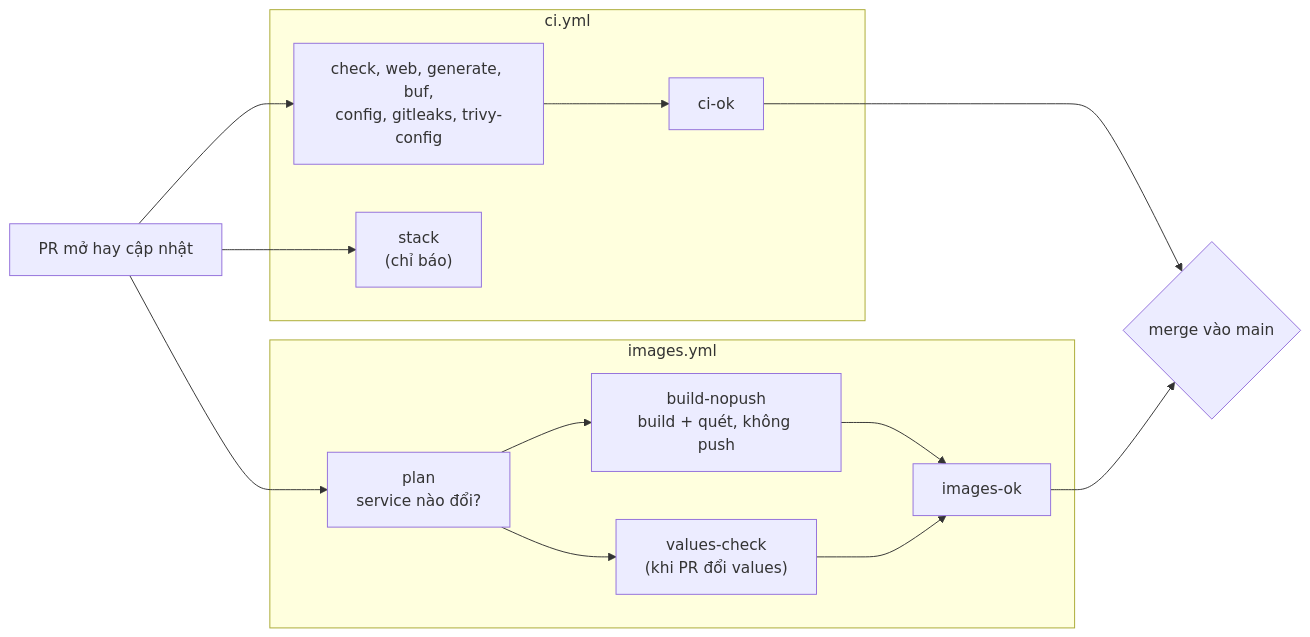
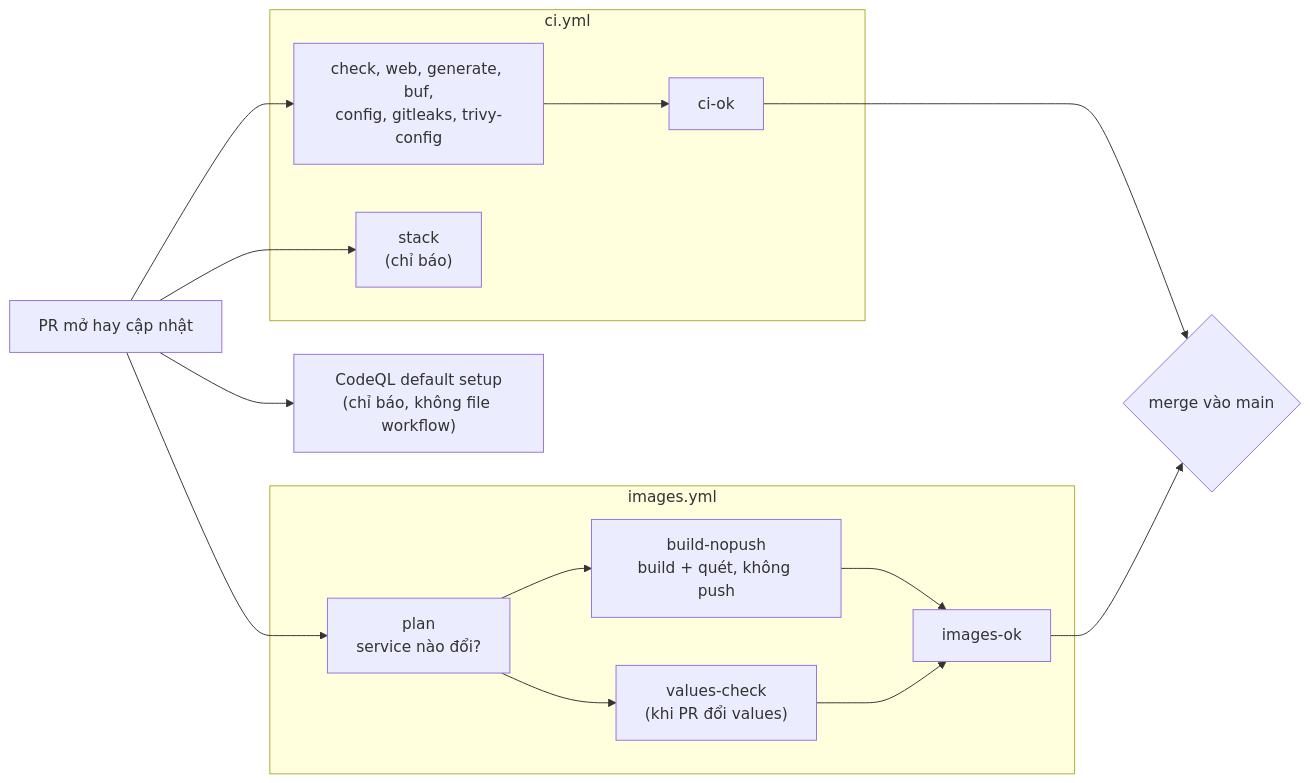
Before and after one commit to anhnvcoder/short-video-platform: the first of 4 diagrams in docs/ci-cd.md, drawn with Mermaid. The commit also changed other lines of this file and 10 other files, not shown here.

````diff
--- a/docs/ci-cd.md
+++ b/docs/ci-cd.md
@@ -26,20 +29,22 @@
 ```mermaid
 flowchart LR
     pr["PR mở hay cập nhật"]
     subgraph ci["ci.yml"]
         jobs["check, web, generate, buf,<br/>config, gitleaks, trivy-config"]
         ciok["ci-ok"]
         stack["stack<br/>(chỉ báo)"]
     end
+    codeql["CodeQL default setup<br/>(chỉ báo, không file workflow)"]
     subgraph img["images.yml"]
         plan["plan<br/>service nào đổi?"]
         nopush["build-nopush<br/>build + quét, không push"]
         vcheck["values-check<br/>(khi PR đổi values)"]
         imgok["images-ok"]
     end
     merge{"merge vào main"}
     pr --> jobs --> ciok --> merge
     pr --> stack
+    pr --> codeql
     pr --> plan --> nopush --> imgok --> merge
     plan --> vcheck --> imgok
 ```
````
